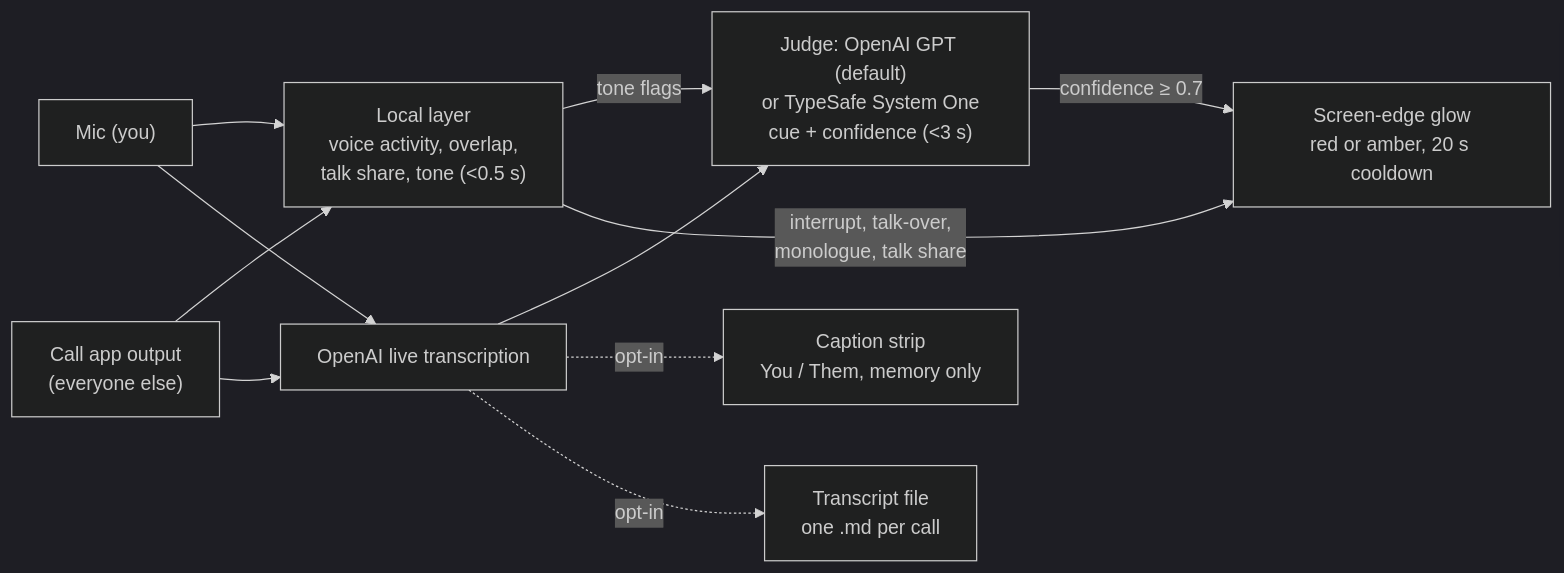
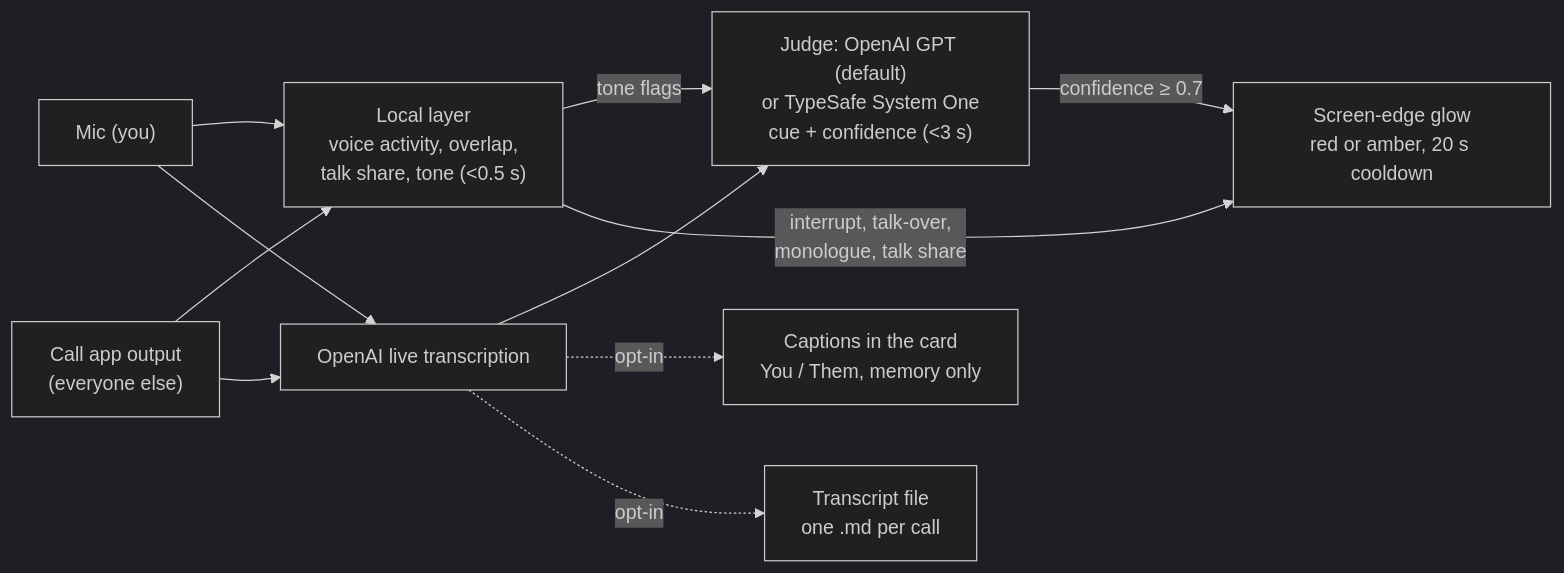
One commit to SLatz18/meeting-card changed the diagram in docs/how-it-works.md. Above: the diagram before and after it, drawn with Mermaid (dark theme). The commit also changed other lines of this file and 5 other files, not shown here.

First line of the commit message:
feat(app): drive the caption feed model; Settings saving indicator on Theme.Captions

````diff
--- a/docs/how-it-works.md
+++ b/docs/how-it-works.md
@@ -68,13 +68,13 @@
 ```mermaid
 flowchart LR
     Mic["Mic (you)"] --> VAD["Local layer<br/>voice activity, overlap,<br/>talk share, tone (&lt;0.5 s)"]
     App["Call app output<br/>(everyone else)"] --> VAD
     Mic --> STT["OpenAI live transcription"]
     App --> STT
     STT --> Judge["Judge: OpenAI GPT (default)<br/>or TypeSafe System One<br/>cue + confidence (&lt;3 s)"]
     VAD -->|tone flags| Judge
     VAD -->|interrupt, talk-over,<br/>monologue, talk share| Glow["Screen-edge glow<br/>red or amber, 20 s cooldown"]
     Judge -->|confidence ≥ 0.7| Glow
-    STT -.->|opt-in| Captions["Caption strip<br/>You / Them, memory only"]
+    STT -.->|opt-in| Captions["Captions in the card<br/>You / Them, memory only"]
     STT -.->|opt-in| File["Transcript file<br/>one .md per call"]
 ```
````
